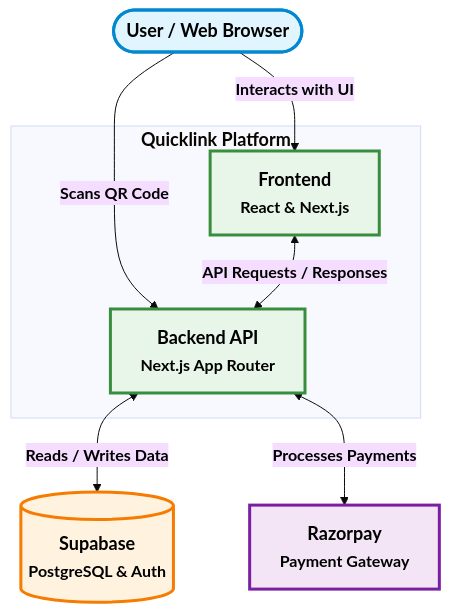
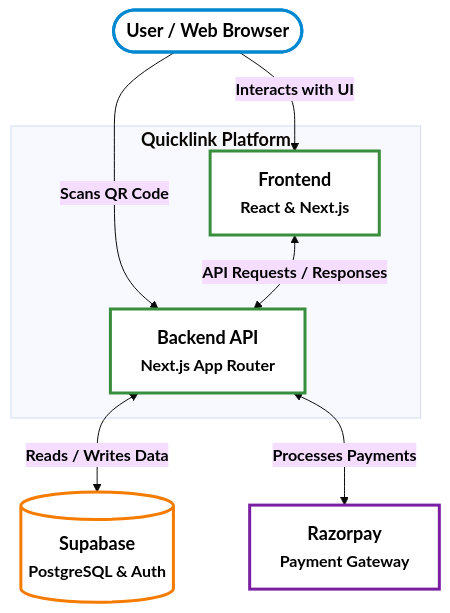
One commit to RaghuBharathi3/QuickLink changed the diagram in architecture.md. Above: the diagram before and after it, drawn with Mermaid (base theme).

Commit message:
Simplified architecture diagram with clean white background for easier presentation

````diff
--- a/architecture.md
+++ b/architecture.md
@@ -5,29 +5,29 @@
 ```mermaid
 graph TD
-    %% Define Styles with Enhanced Visibility
-    classDef client fill:#e1f5fe,stroke:#0288d1,stroke-width:3px,color:#000000,font-weight:bold,font-size:18px;
-    classDef frontend fill:#e8f5e9,stroke:#388e3c,stroke-width:3px,color:#000000,font-weight:bold,font-size:18px;
-    classDef backend fill:#fff3e0,stroke:#f57c00,stroke-width:3px,color:#000000,font-weight:bold,font-size:18px;
-    classDef external fill:#f3e5f5,stroke:#7b1fa2,stroke-width:3px,color:#000000,font-weight:bold,font-size:18px;
+    %% Define Styles with Clean, Minimal Background
+    classDef client fill:#ffffff,stroke:#0288d1,stroke-width:3px,color:#000000,font-weight:bold,font-size:18px;
+    classDef frontend fill:#ffffff,stroke:#388e3c,stroke-width:3px,color:#000000,font-weight:bold,font-size:18px;
+    classDef backend fill:#ffffff,stroke:#f57c00,stroke-width:3px,color:#000000,font-weight:bold,font-size:18px;
+    classDef external fill:#ffffff,stroke:#7b1fa2,stroke-width:3px,color:#000000,font-weight:bold,font-size:18px;
     classDef edgeLabel font-weight:bold,color:#000000,font-size:16px;
 
-    %% Nodes with Enhanced Text
+    %% Nodes with Clean White Background
     User(["<b style='font-size:18px'>User / Web Browser</b>"]):::client
     
     subgraph Quicklink_Platform ["<b style='font-size:18px'>Quicklink Platform</b>"]
         UI["<b style='font-size:18px'>Frontend</b><br/><b style='font-size:16px'>React & Next.js</b>"]:::frontend
         API["<b style='font-size:18px'>Backend API</b><br/><b style='font-size:16px'>Next.js App Router</b>"]:::frontend
     end
 
     DB[("<b style='font-size:18px'>Supabase</b><br/><b style='font-size:16px'>PostgreSQL & Auth</b>")]:::backend
     Payments["<b style='font-size:18px'>Razorpay</b><br/><b style='font-size:16px'>Payment Gateway</b>"]:::external
 
     %% Connections with Bold Labels
     User -->|<b style='font-size:16px'>Interacts with UI</b>| UI
     User -->|<b style='font-size:16px'>Scans QR Code</b>| API
     
     UI <-->|<b style='font-size:16px'>API Requests / Responses</b>| API
     
     API <-->|<b style='font-size:16px'>Reads / Writes Data</b>| DB
     API <-->|<b style='font-size:16px'>Processes Payments</b>| Payments
 ```
````
